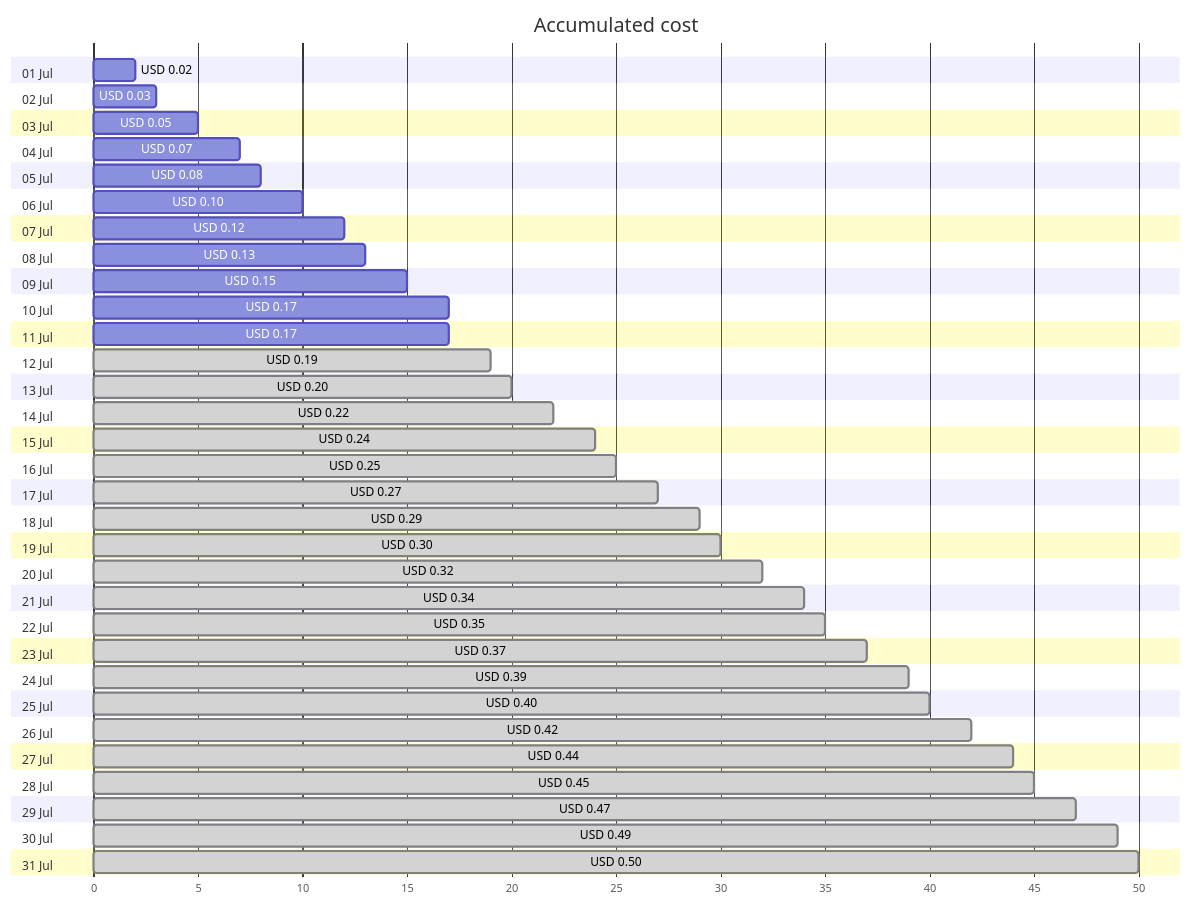
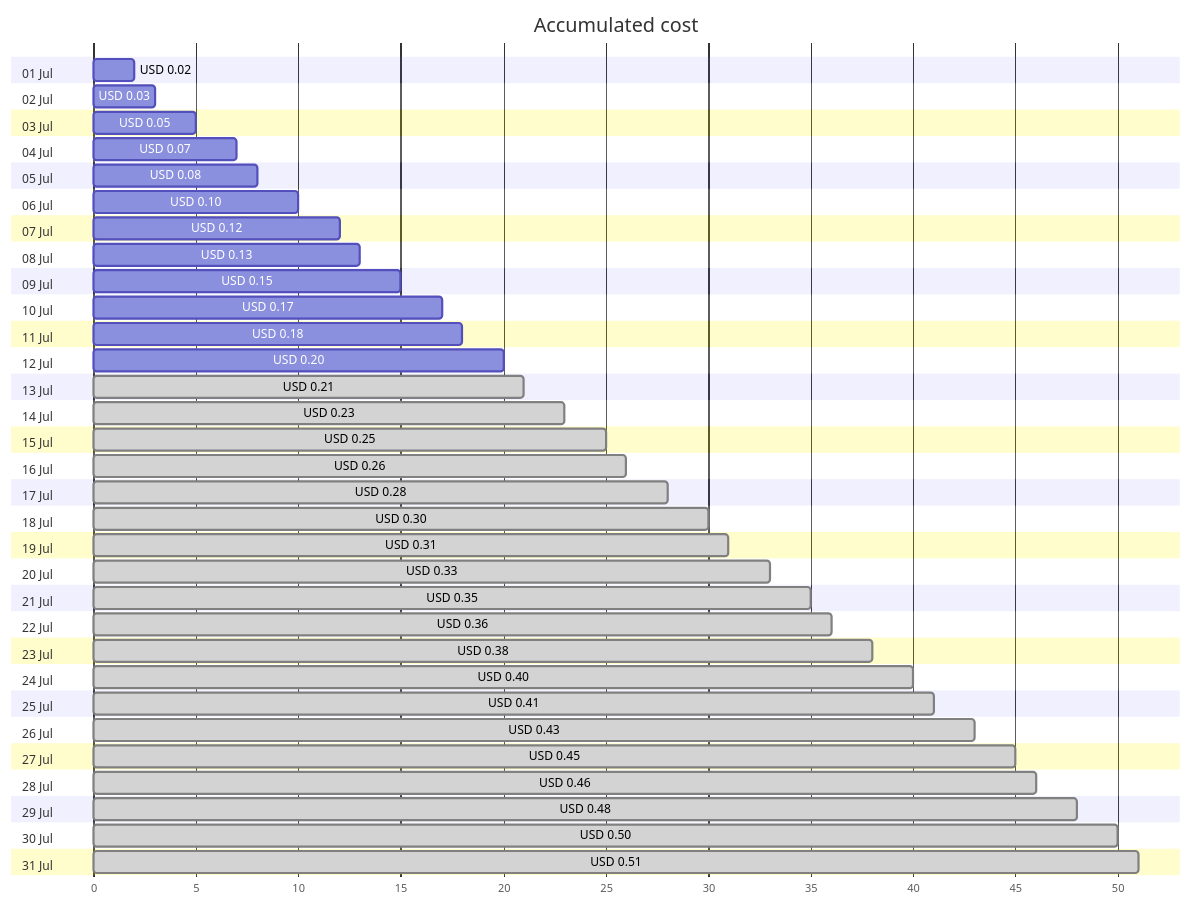
The first of 4 diagrams in cost-reports/personal-dns/jpatrickfulton.dev.md (jpfulton/azure-personal-reports), drawn with Mermaid before and after one commit. The commit also changed other lines of this file and 2 other files, not shown here.

Commit message:
Generated reports [skip ci]

````diff
--- a/cost-reports/personal-dns/jpatrickfulton.dev.md
+++ b/cost-reports/personal-dns/jpatrickfulton.dev.md
@@ -20,68 +20,68 @@
 ```mermaid
 gantt
    title Accumulated cost
    dateFormat  X
    axisFormat %s
    section 01 Jul
    USD 0.02 :0, 2
    section 02 Jul
    USD 0.03 :0, 3
    section 03 Jul
    USD 0.05 :0, 5
    section 04 Jul
    USD 0.07 :0, 7
    section 05 Jul
    USD 0.08 :0, 8
    section 06 Jul
    USD 0.10 :0, 10
    section 07 Jul
    USD 0.12 :0, 12
    section 08 Jul
    USD 0.13 :0, 13
    section 09 Jul
    USD 0.15 :0, 15
    section 10 Jul
    USD 0.17 :0, 17
    section 11 Jul
-   USD 0.17 :0, 17
+   USD 0.18 :0, 18
    section 12 Jul
-   USD 0.19 : done, 0, 19
+   USD 0.20 :0, 20
    section 13 Jul
-   USD 0.20 : done, 0, 20
+   USD 0.21 : done, 0, 21
    section 14 Jul
-   USD 0.22 : done, 0, 22
+   USD 0.23 : done, 0, 23
    section 15 Jul
-   USD 0.24 : done, 0, 24
+   USD 0.25 : done, 0, 25
    section 16 Jul
-   USD 0.25 : done, 0, 25
+   USD 0.26 : done, 0, 26
    section 17 Jul
-   USD 0.27 : done, 0, 27
+   USD 0.28 : done, 0, 28
    section 18 Jul
-   USD 0.29 : done, 0, 29
+   USD 0.30 : done, 0, 30
    section 19 Jul
-   USD 0.30 : done, 0, 30
+   USD 0.31 : done, 0, 31
    section 20 Jul
-   USD 0.32 : done, 0, 32
+   USD 0.33 : done, 0, 33
    section 21 Jul
-   USD 0.34 : done, 0, 34
+   USD 0.35 : done, 0, 35
    section 22 Jul
-   USD 0.35 : done, 0, 35
+   USD 0.36 : done, 0, 36
    section 23 Jul
-   USD 0.37 : done, 0, 37
+   USD 0.38 : done, 0, 38
    section 24 Jul
-   USD 0.39 : done, 0, 39
+   USD 0.40 : done, 0, 40
    section 25 Jul
-   USD 0.40 : done, 0, 40
+   USD 0.41 : done, 0, 41
    section 26 Jul
-   USD 0.42 : done, 0, 42
+   USD 0.43 : done, 0, 43
    section 27 Jul
-   USD 0.44 : done, 0, 44
+   USD 0.45 : done, 0, 45
    section 28 Jul
-   USD 0.45 : done, 0, 45
+   USD 0.46 : done, 0, 46
    section 29 Jul
-   USD 0.47 : done, 0, 47
+   USD 0.48 : done, 0, 48
    section 30 Jul
-   USD 0.49 : done, 0, 49
+   USD 0.50 : done, 0, 50
    section 31 Jul
-   USD 0.50 : done, 0, 50
+   USD 0.51 : done, 0, 51
 ```
````
